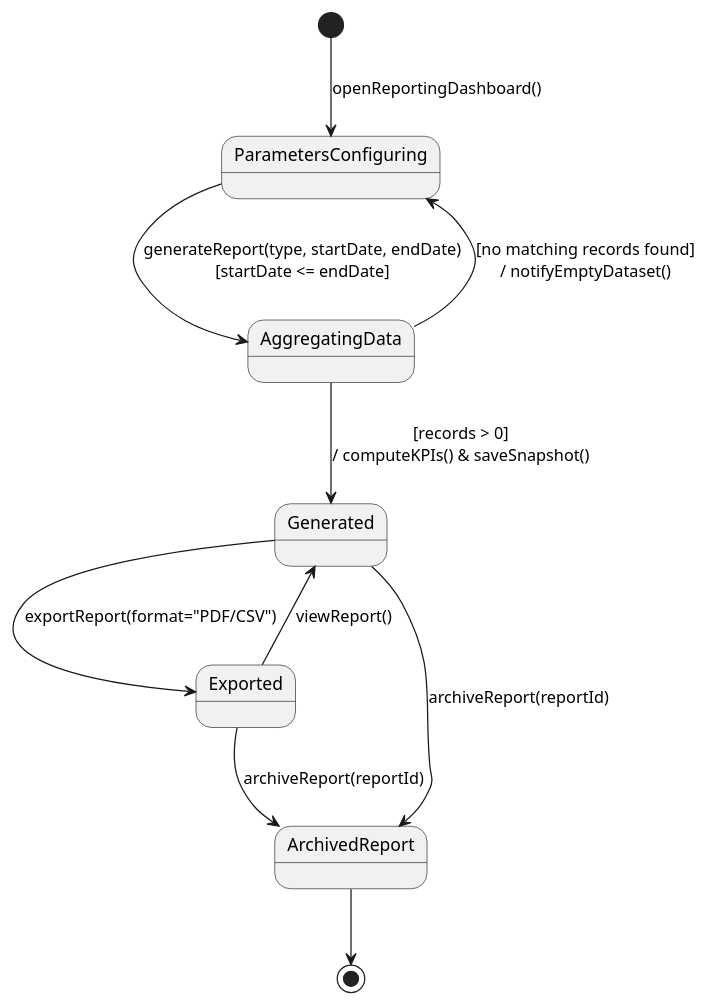
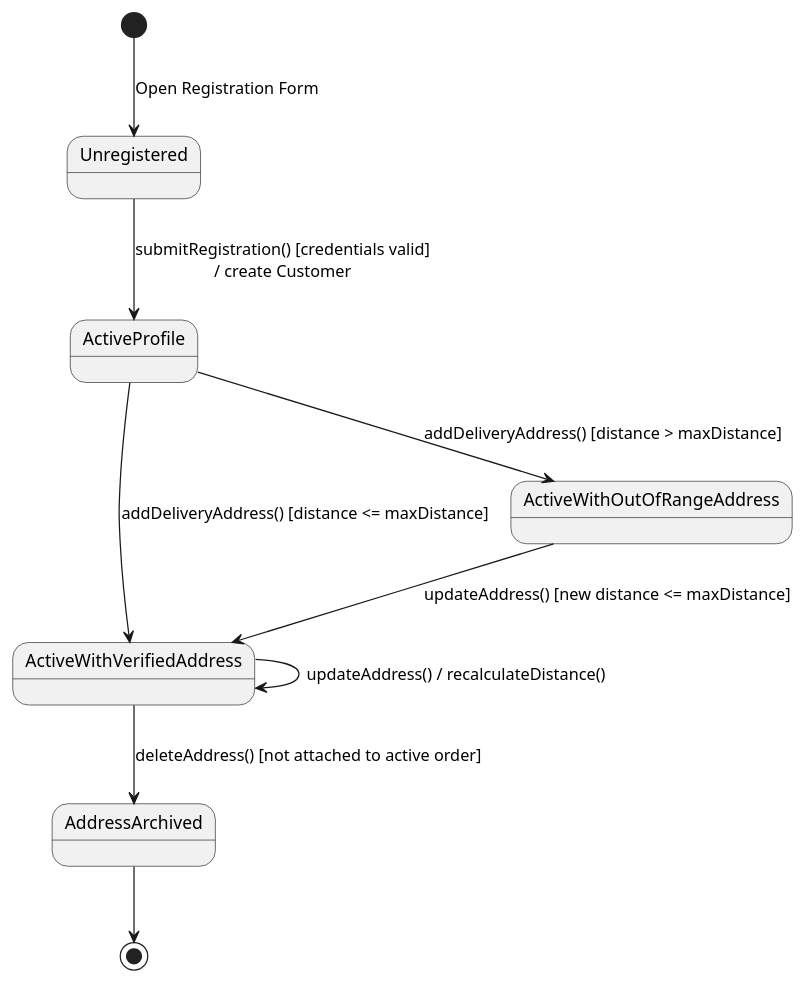
Before and after one commit to DawnRighteous21/RAD_FinalTerm_Team_G2: the diagram in UC1_RegisterCustomer_524H0134/01_Analysis/Codes/StateMachineDiagram.puml, drawn with PlantUML. The commit also changed 13 other files, not shown here.

Commit message:
UC10: add shipper delivery activity diagram, SSD and state machine (524H0134)

```diff
--- a/UC1_RegisterCustomer_524H0134/01_Analysis/Codes/StateMachineDiagram.puml
+++ b/UC1_RegisterCustomer_524H0134/01_Analysis/Codes/StateMachineDiagram.puml
@@ -1,15 +1,16 @@
 @startuml
 skinparam shadowing false
-[*] --> ParametersConfiguring : openReportingDashboard()
+[*] --> Unregistered : Open Registration Form
 
-ParametersConfiguring --> AggregatingData : generateReport(type, startDate, endDate)\n[startDate <= endDate]
-AggregatingData --> ParametersConfiguring : [no matching records found]\n/ notifyEmptyDataset()
+state Unregistered {
+}
 
-AggregatingData --> Generated : [records > 0]\n/ computeKPIs() & saveSnapshot()
-Generated --> Exported : exportReport(format="PDF/CSV")
-Exported --> Generated : viewReport()
+Unregistered --> ActiveProfile : submitRegistration() [credentials valid]\n/ create Customer
+ActiveProfile --> ActiveWithVerifiedAddress : addDeliveryAddress() [distance <= maxDistance]
+ActiveProfile --> ActiveWithOutOfRangeAddress : addDeliveryAddress() [distance > maxDistance]
 
-Generated --> ArchivedReport : archiveReport(reportId)
-Exported --> ArchivedReport : archiveReport(reportId)
-ArchivedReport --> [*]
+ActiveWithVerifiedAddress --> ActiveWithVerifiedAddress : updateAddress() / recalculateDistance()
+ActiveWithOutOfRangeAddress --> ActiveWithVerifiedAddress : updateAddress() [new distance <= maxDistance]
+ActiveWithVerifiedAddress --> AddressArchived : deleteAddress() [not attached to active order]
+AddressArchived --> [*]
 @enduml
```
